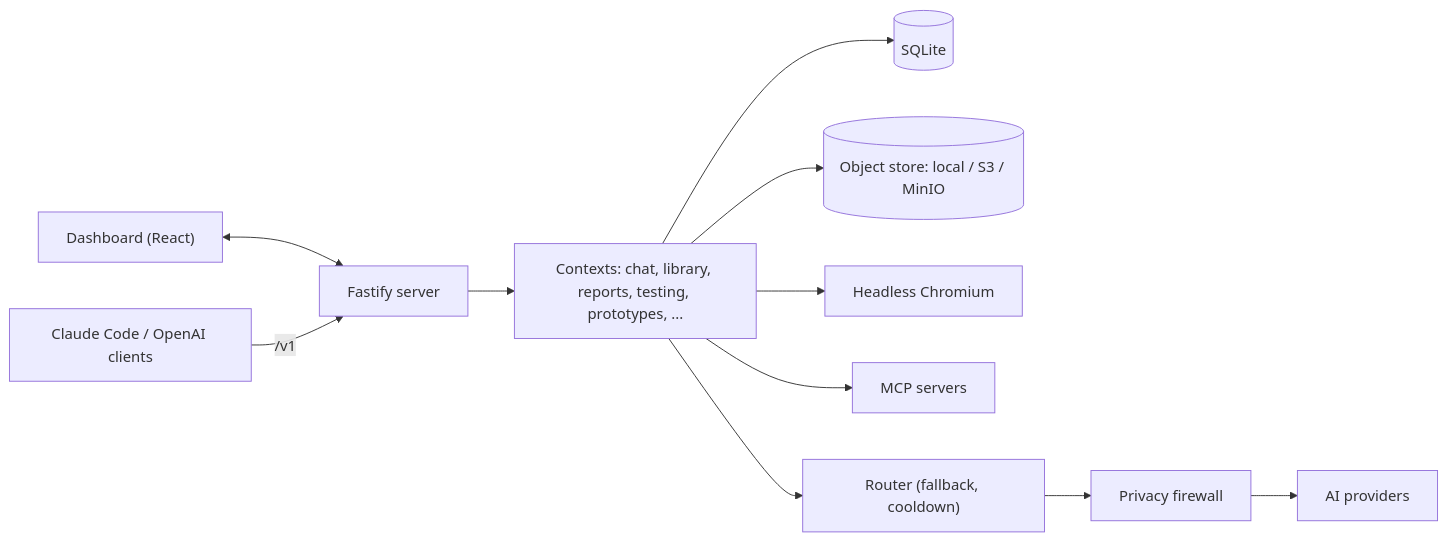
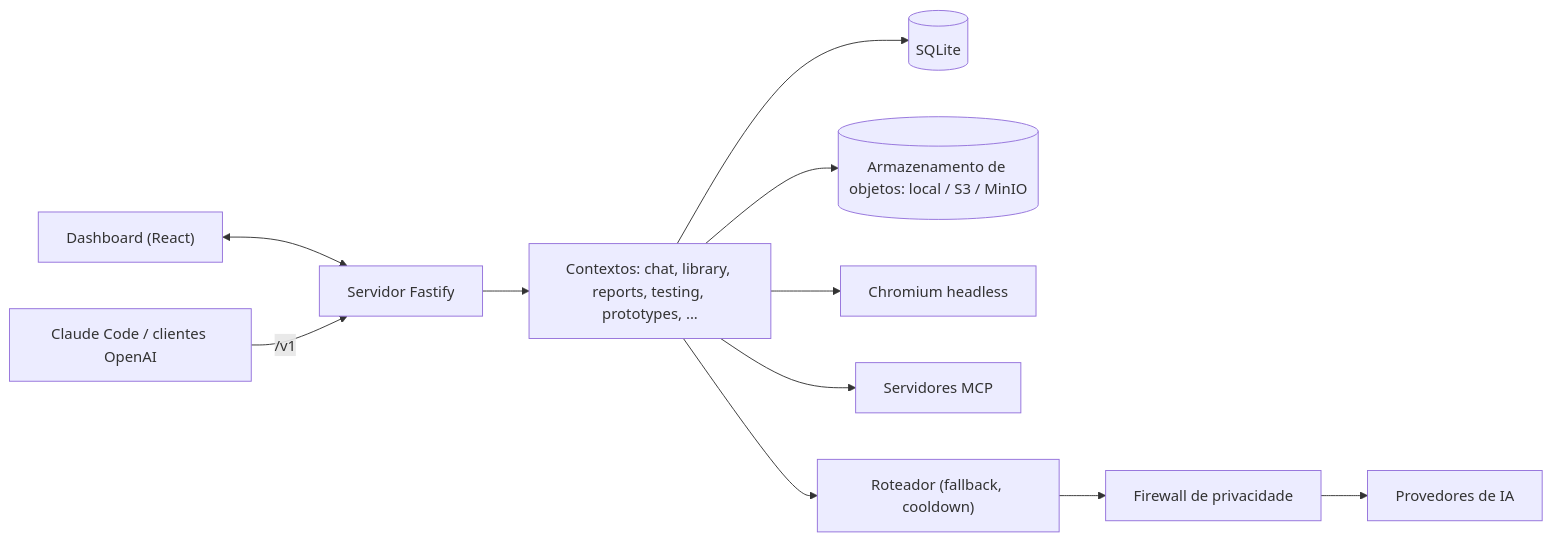
The diagram in README.md (cristianoDencode/thinkflow), drawn with Mermaid before and after one commit. The commit also changed other lines of this file and 1 other file, not shown here.

````diff
--- a/README.md
+++ b/README.md
@@ -120,13 +118,13 @@
 ```mermaid
 flowchart LR
-  Web["Dashboard (React)"] <--> API["Fastify server"]
-  Clients["Claude Code / OpenAI clients"] -->|"/v1"| API
-  API --> Ctx["Contexts: chat, library, reports, testing, prototypes, ..."]
+  Web["Dashboard (React)"] <--> API["Servidor Fastify"]
+  Clients["Claude Code / clientes OpenAI"] -->|"/v1"| API
+  API --> Ctx["Contextos: chat, library, reports, testing, prototypes, ..."]
   Ctx --> DB[("SQLite")]
-  Ctx --> Obj[("Object store: local / S3 / MinIO")]
-  Ctx --> Chromium["Headless Chromium"]
-  Ctx --> MCP["MCP servers"]
-  Ctx --> Router["Router (fallback, cooldown)"]
-  Router --> FW["Privacy firewall"]
-  FW --> Providers["AI providers"]
+  Ctx --> Obj[("Armazenamento de objetos: local / S3 / MinIO")]
+  Ctx --> Chromium["Chromium headless"]
+  Ctx --> MCP["Servidores MCP"]
+  Ctx --> Router["Roteador (fallback, cooldown)"]
+  Router --> FW["Firewall de privacidade"]
+  FW --> Providers["Provedores de IA"]
 ```
````
